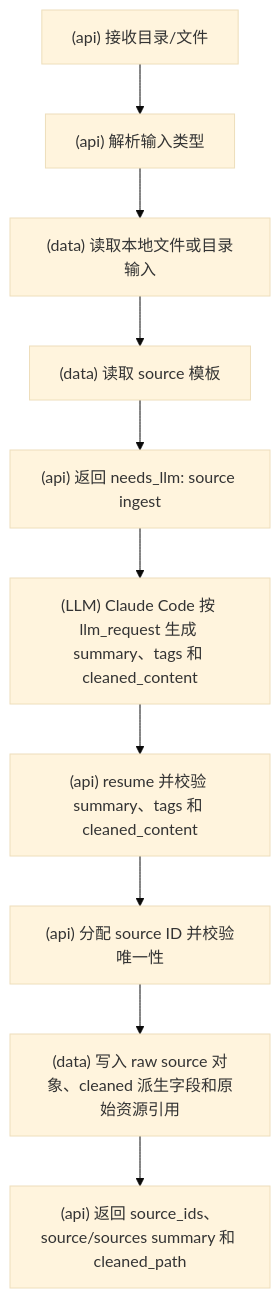
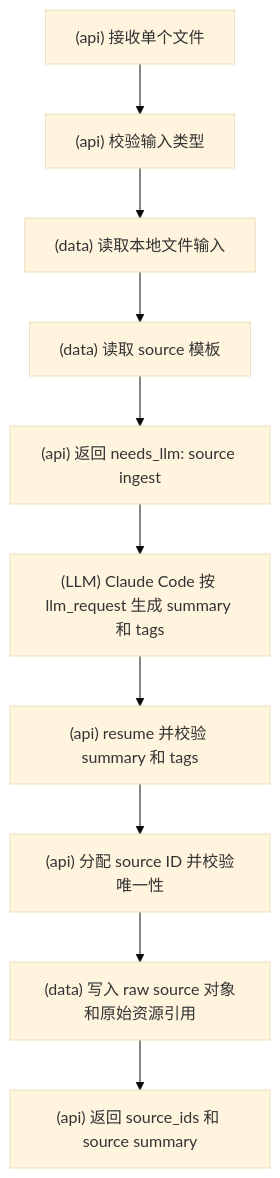
One commit to srangerme/KBManager changed the second of 20 diagrams in docs/流程图.md. Above: the diagram before and after it, drawn with Mermaid (base theme). The commit also changed other lines of this file and 29 other files, not shown here.

````diff
--- a/docs/流程图.md
+++ b/docs/流程图.md
@@ -56,12 +55,12 @@
 ```mermaid
 flowchart TD
-  A["(api) 接收目录/文件"] --> B["(api) 解析输入类型"]
-  B --> D["(data) 读取本地文件或目录输入"]
+  A["(api) 接收单个文件"] --> B["(api) 校验输入类型"]
+  B --> D["(data) 读取本地文件输入"]
   D --> M["(data) 读取 source 模板"]
   M --> N["(api) 返回 needs_llm: source ingest"]
-  N --> O["(LLM) Claude Code 按 llm_request 生成 summary、tags 和 cleaned_content"]
-  O --> P["(api) resume 并校验 summary、tags 和 cleaned_content"]
+  N --> O["(LLM) Claude Code 按 llm_request 生成 summary 和 tags"]
+  O --> P["(api) resume 并校验 summary 和 tags"]
   P --> Q["(api) 分配 source ID 并校验唯一性"]
-  Q --> R["(data) 写入 raw source 对象、cleaned 派生字段和原始资源引用"]
-  R --> S["(api) 返回 source_ids、source/sources summary 和 cleaned_path"]
+  Q --> R["(data) 写入 raw source 对象和原始资源引用"]
+  R --> S["(api) 返回 source_ids 和 source summary"]
 ```
````
